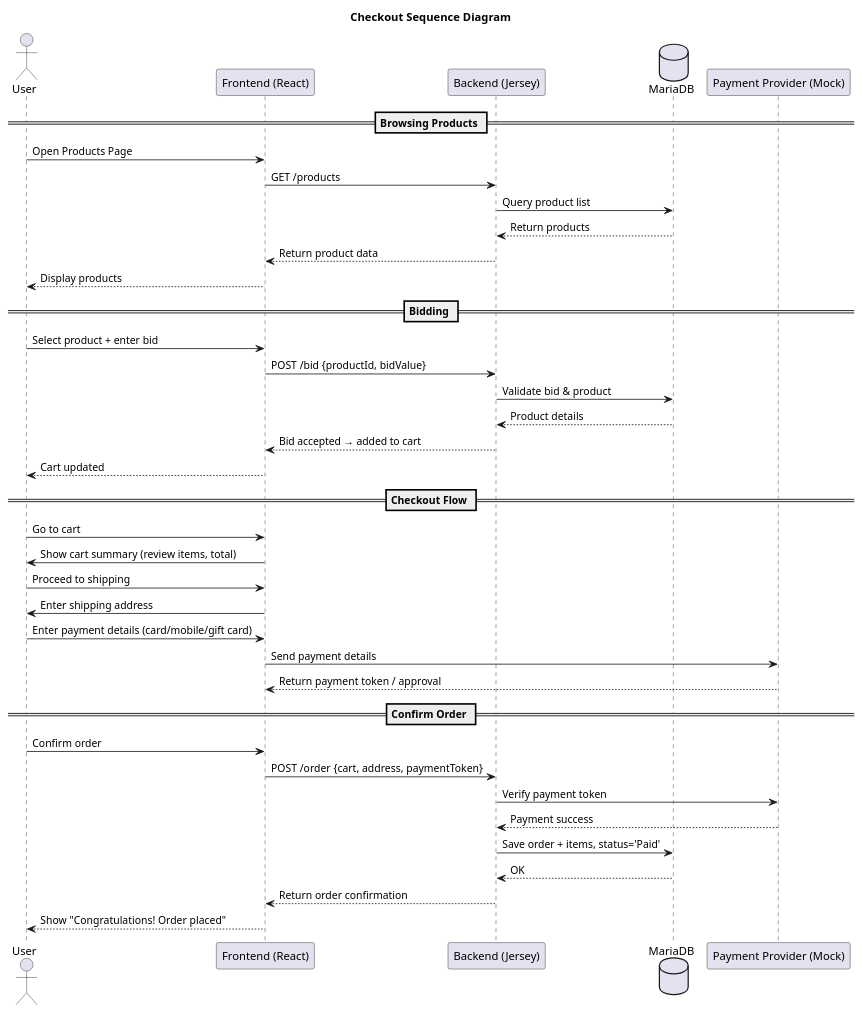
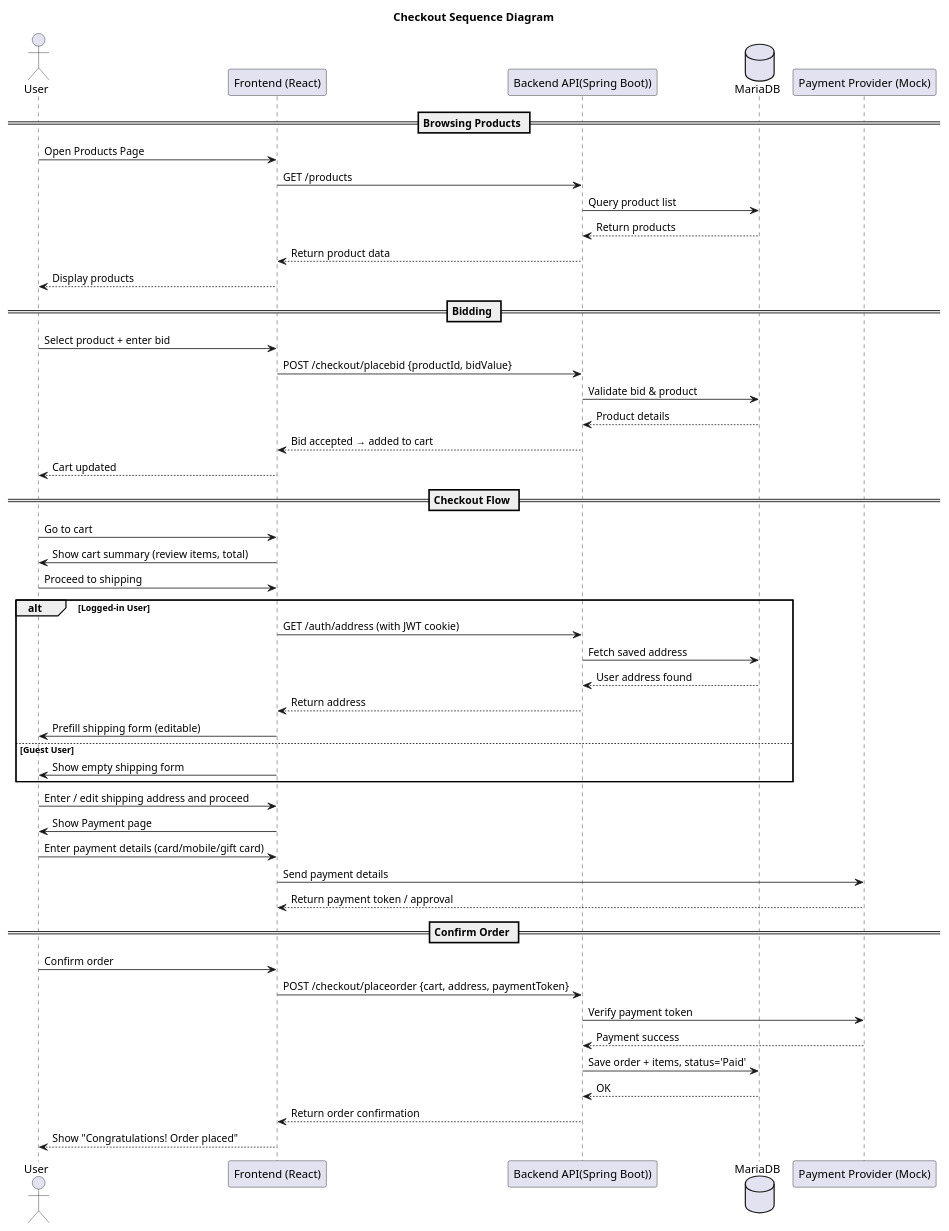
The diagram in puml/checkout_sequence_diagram.puml (golihaidari/BidGallery), drawn with PlantUML before and after one commit. The commit also changed 36 other files, not shown here.

```diff
--- a/puml/checkout_sequence_diagram.puml
+++ b/puml/checkout_sequence_diagram.puml
@@ -1,47 +1,58 @@
 @startuml checkout_sequence_diagram
 title Checkout Sequence Diagram
 
 actor User
 participant "Frontend (React)" as FE
-participant "Backend (Jersey)" as BE
+participant "Backend API(Spring Boot))" as BE
 database "MariaDB" as DB
 participant "Payment Provider (Mock)" as Pay
 
 == Browsing Products ==
 User -> FE : Open Products Page
 FE -> BE : GET /products
 BE -> DB : Query product list
 DB --> BE : Return products
 BE --> FE : Return product data
 FE --> User : Display products
 
 == Bidding ==
 User -> FE : Select product + enter bid
-FE -> BE : POST /bid {productId, bidValue}
+FE -> BE : POST /checkout/placebid {productId, bidValue}
 BE -> DB : Validate bid & product
 DB --> BE : Product details
 BE --> FE : Bid accepted → added to cart
 FE --> User : Cart updated
 
 == Checkout Flow ==
 User -> FE : Go to cart
 FE -> User : Show cart summary (review items, total)
 
 User -> FE : Proceed to shipping
-FE -> User : Enter shipping address
+alt Logged-in User
+    FE -> BE : GET /auth/address (with JWT cookie)
+    BE -> DB : Fetch saved address
+    DB --> BE : User address found
+    BE --> FE : Return address
+    FE -> User : Prefill shipping form (editable)
+else Guest User
+    FE -> User : Show empty shipping form
+end
+
+User -> FE : Enter / edit shipping address and proceed
+FE -> User : Show Payment page
 
 User -> FE : Enter payment details (card/mobile/gift card)
 FE -> Pay : Send payment details
 Pay --> FE : Return payment token / approval
 
 == Confirm Order ==
 User -> FE : Confirm order
-FE -> BE : POST /order {cart, address, paymentToken}
+FE -> BE : POST /checkout/placeorder {cart, address, paymentToken}
 BE -> Pay : Verify payment token
 Pay --> BE : Payment success
 BE -> DB : Save order + items, status='Paid'
 DB --> BE : OK
 BE --> FE : Return order confirmation
 FE --> User : Show "Congratulations! Order placed"
 
 @enduml
```
